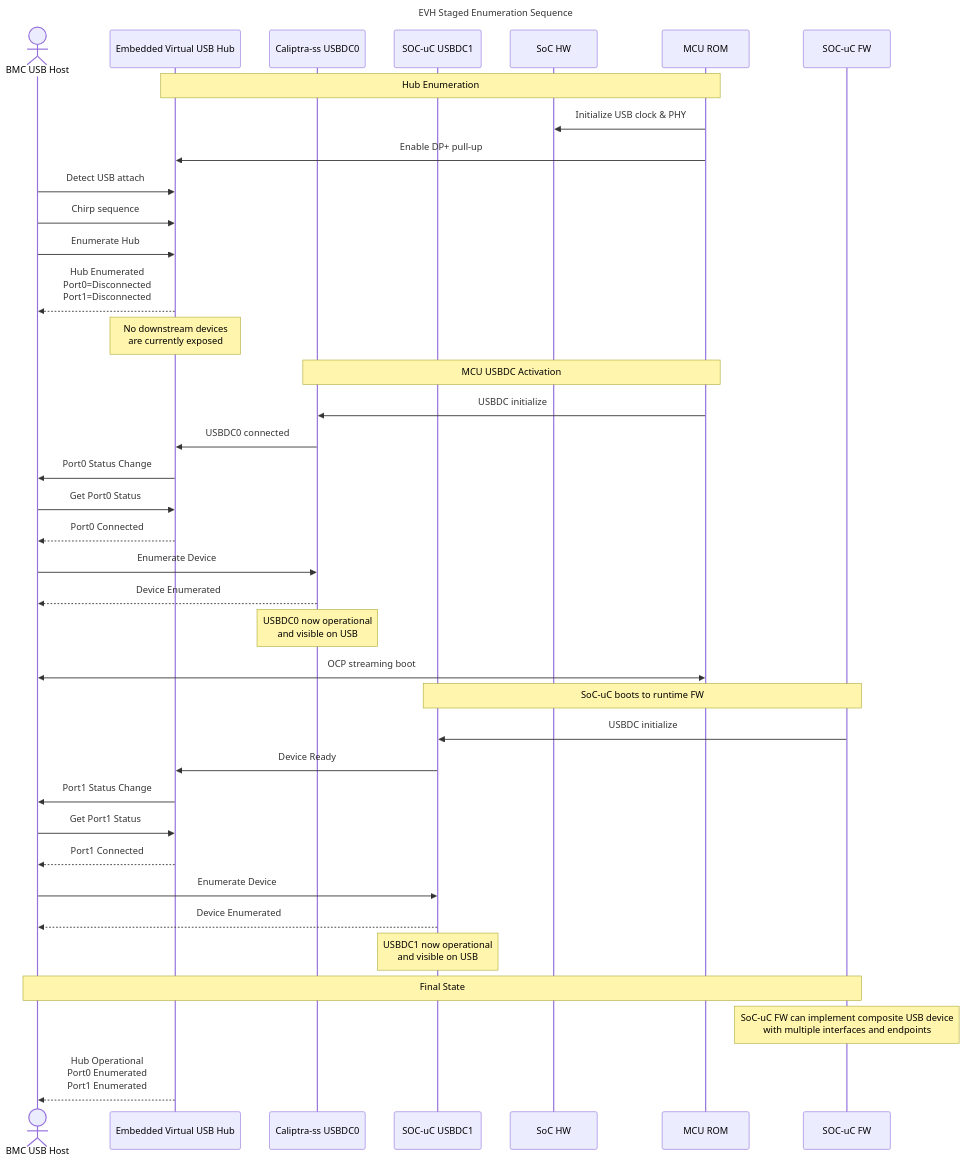
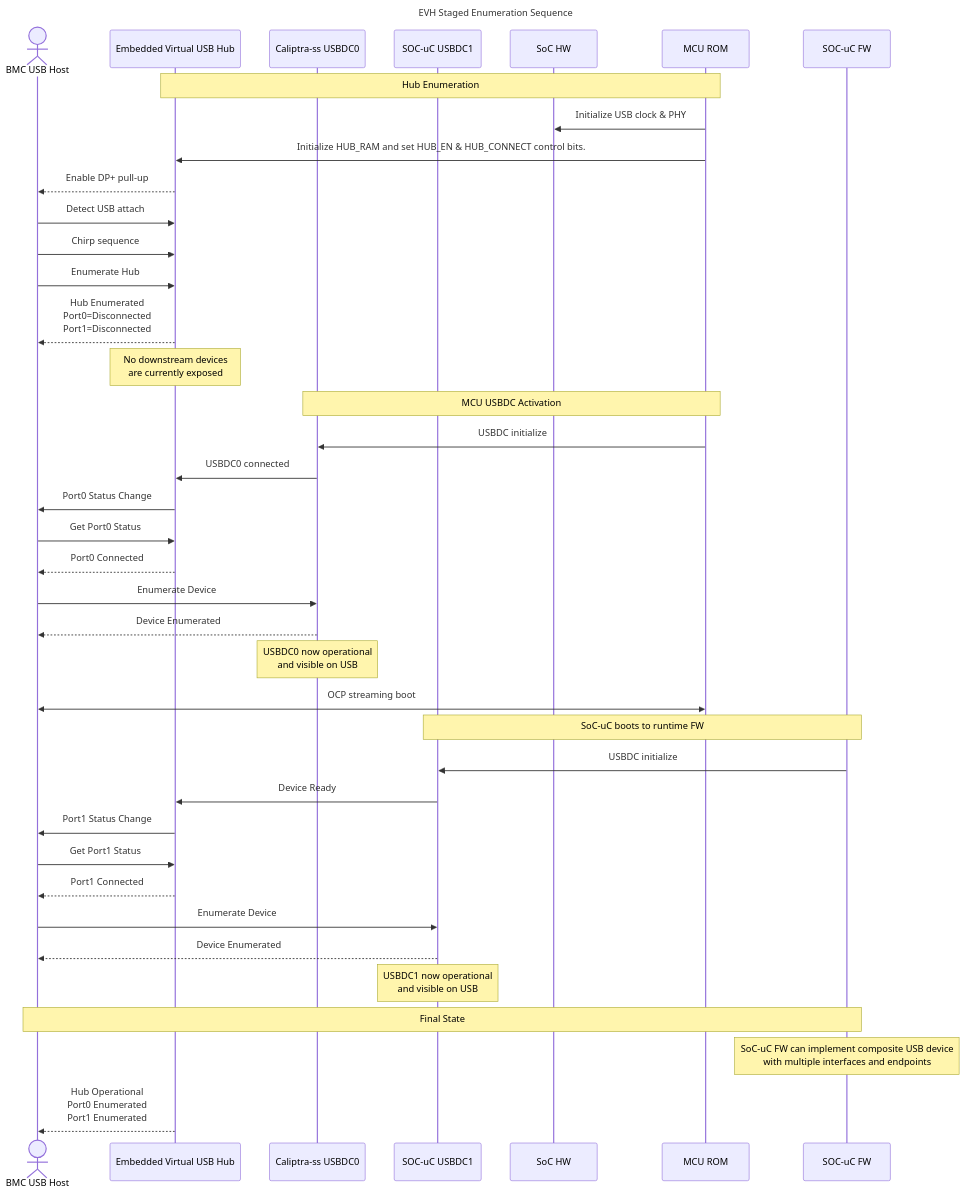
One commit to chipsalliance/usb2 changed the first of 3 diagrams in docs/USB2_Programmers_Guide.md. Above: the diagram before and after it, drawn with Mermaid. The commit also changed other lines of this file, not shown here.

````diff
--- a/docs/USB2_Programmers_Guide.md
+++ b/docs/USB2_Programmers_Guide.md
@@ -130,61 +132,61 @@
 ```mermaid
 sequenceDiagram
     title EVH Staged Enumeration Sequence
 
     actor Host as BMC USB Host
     participant EVH as Embedded Virtual USB Hub
     participant MCUU as Caliptra-ss USBDC0
     participant CM55U as SOC-uC USBDC1
     participant SOC as SoC HW
     participant MCU_FW as MCU ROM
     participant CM55_FW as SOC-uC FW
 
     
     Note over EVH,MCU_FW: Hub Enumeration
 
     MCU_FW->>SOC: Initialize USB clock & PHY
-    MCU_FW->>EVH: Enable DP+ pull-up
-
+    MCU_FW->>EVH: Initialize HUB_RAM and set HUB_EN & HUB_CONNECT control bits.
+    EVH-->>Host: Enable DP+ pull-up
     Host->>EVH: Detect USB attach
     Host->>EVH: Chirp sequence
     Host->>EVH: Enumerate Hub
 
     EVH-->>Host: Hub Enumerated<br/>Port0=Disconnected<br/>Port1=Disconnected
 
     Note over EVH: No downstream devices<br/>are currently exposed
     
 
     Note over MCUU,MCU_FW: MCU USBDC Activation
 
     MCU_FW->>MCUU: USBDC initialize
     MCUU->>EVH: USBDC0 connected
 
     EVH->>Host: Port0 Status Change
     Host->>EVH: Get Port0 Status
     EVH-->>Host: Port0 Connected
 
     Host->>MCUU: Enumerate Device
     MCUU-->>Host: Device Enumerated
 
     Note over MCUU: USBDC0 now operational<br/>and visible on USB
 
     Host<<->>MCU_FW: OCP streaming boot
 
     Note over CM55U,CM55_FW: SoC-uC boots to runtime FW
 
     CM55_FW->>CM55U: USBDC initialize
     CM55U->>EVH: Device Ready
 
     EVH->>Host: Port1 Status Change
     Host->>EVH: Get Port1 Status
     EVH-->>Host: Port1 Connected
 
     Host->>CM55U: Enumerate Device
     CM55U-->>Host: Device Enumerated
 
     Note over CM55U: USBDC1 now operational<br/>and visible on USB
 
     Note over Host,CM55_FW: Final State
     Note over CM55_FW: SoC-uC FW can implement composite USB device<br/>with multiple interfaces and endpoints
     EVH-->>Host: Hub Operational<br/>Port0 Enumerated<br/>Port1 Enumerated
 ```
````
